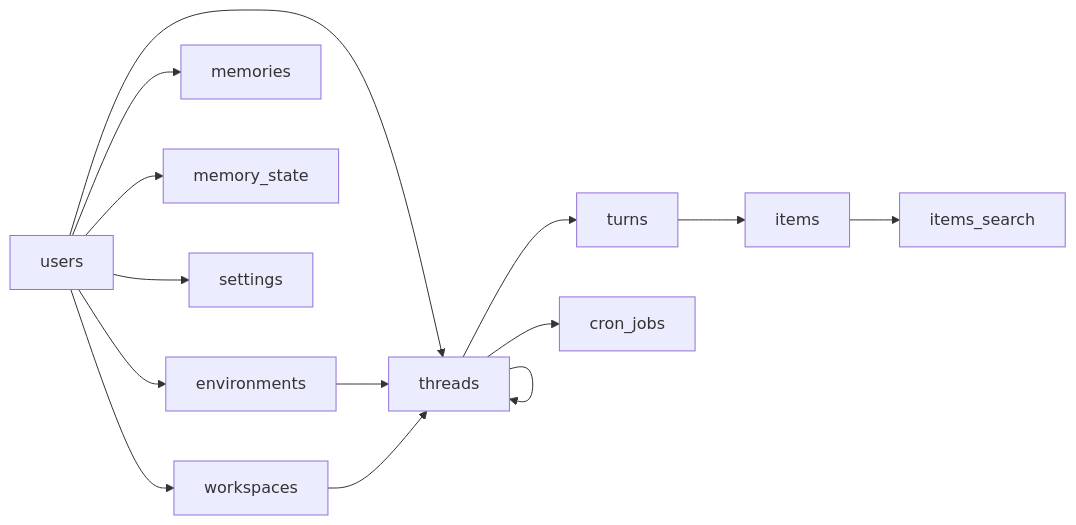
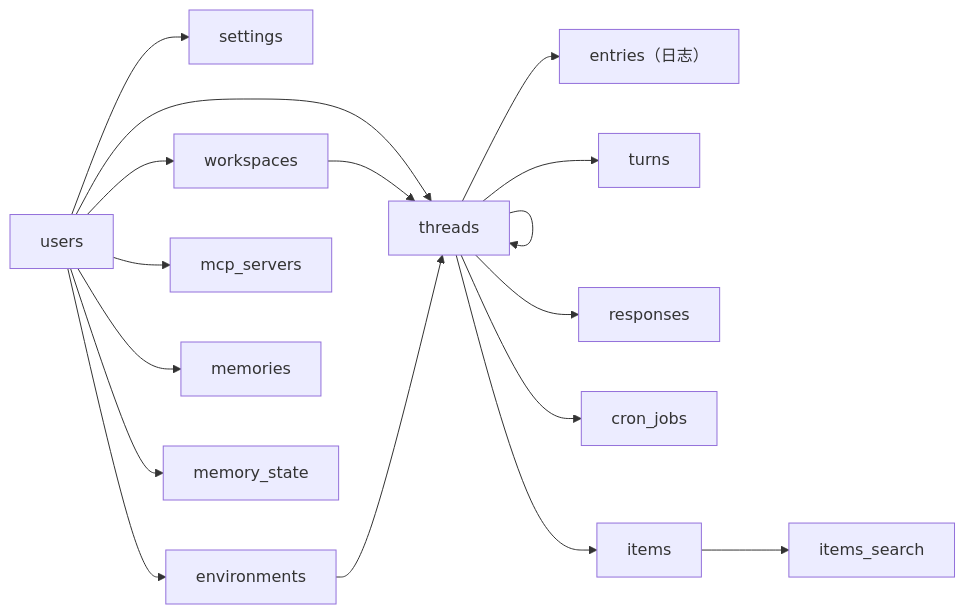
One commit to 0xfakeSpike/ollupi-docs changed the first of 2 diagrams in docs/zh/engine/persistence.md. Above: the diagram before and after it, drawn with Mermaid. The commit also changed other lines of this file and 86 other files, not shown here.

````diff
--- a/docs/zh/engine/persistence.md
+++ b/docs/zh/engine/persistence.md
@@ -44,16 +250,19 @@
 ```mermaid
 flowchart LR
-  users["users"] --> workspaces["workspaces"]
-  users --> threads["threads"]
+  users["users"] --> settings["settings"]
+  users --> workspaces["workspaces"]
+  users --> environments["environments"]
+  users --> mcp_servers["mcp_servers"]
   users --> memories["memories"]
   users --> memory_state["memory_state"]
-  users --> settings["settings"]
-  users --> environments["environments"]
+  users --> threads["threads"]
+  workspaces --> threads
   environments --> threads
-  workspaces --> threads
   threads --> threads
+  threads --> entries["entries（日志）"]
   threads --> turns["turns"]
-  turns --> items["items"]
+  threads --> items["items"]
+  threads --> responses["responses"]
   threads --> cron_jobs["cron_jobs"]
   items --> items_search["items_search"]
 ```
````
